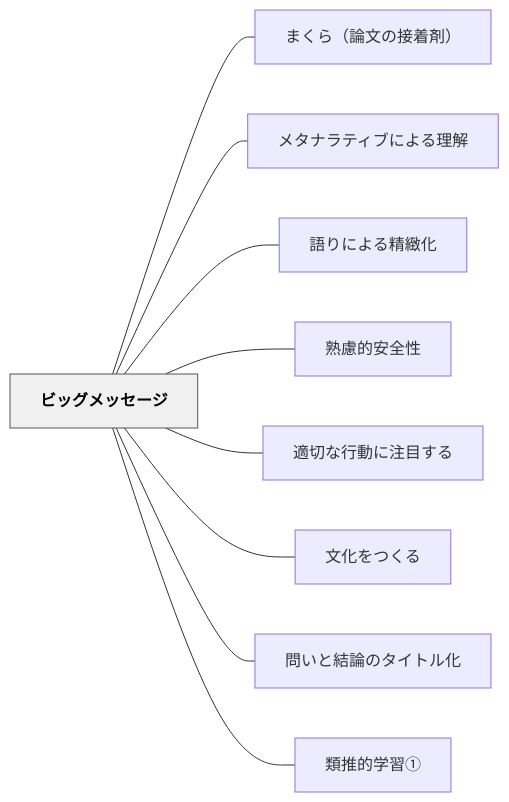
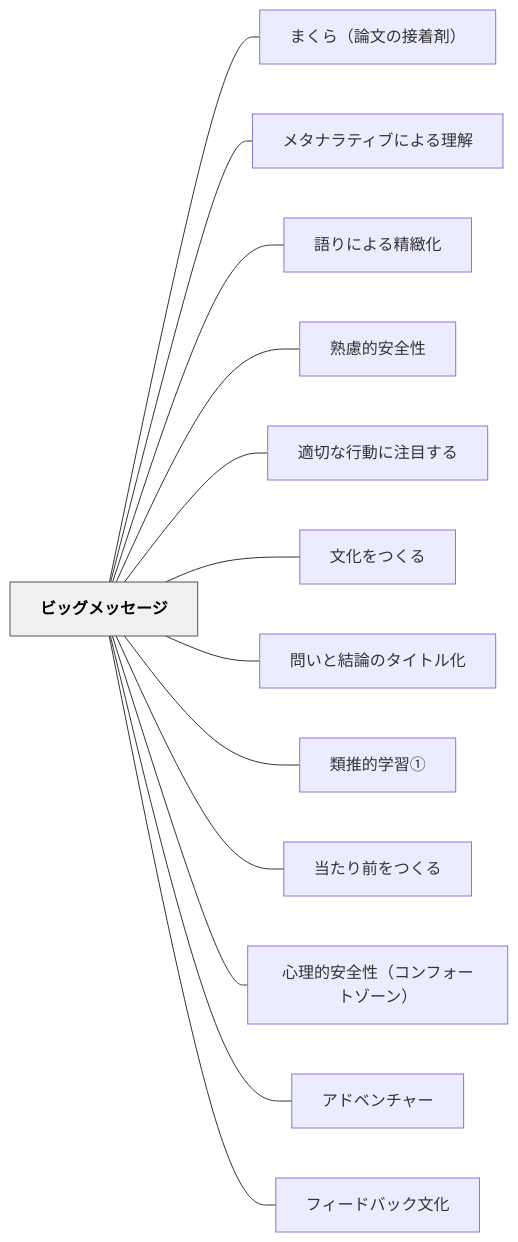
The diagram in content/パタン/ビッグメッセージ.md (unknownthings-ed-patterns/unknownthings-ed-patterns), drawn with Mermaid before and after one commit. The commit also changed other lines of this file and 100 other files, not shown here.

````diff
--- a/content/パタン/ビッグメッセージ.md
+++ b/content/パタン/ビッグメッセージ.md
@@ -147,24 +143,32 @@
 ```mermaid
 flowchart LR
     ne38393e38383e382b0e383a1e38383e382bbe383bce382b8["ビッグメッセージ"]
     ne381bee3818fe38289efbc88e8ab96e69687e381aee68ea5e79d80e589a4efbc89["まくら（論文の接着剤）"]
     ne383a1e382bfe3838ae383a9e38386e382a3e38396e381abe38288e3828be79086e8a7a3["メタナラティブによる理解"]
     ne8aa9ee3828ae381abe38288e3828be7b2bee7b7bbe58c96["語りによる精緻化"]
     ne7869fe685aee79a84e5ae89e585a8e680a7["熟慮的安全性"]
     ne981a9e58887e381aae8a18ce58b95e381abe6b3a8e79baee38199e3828b["適切な行動に注目する"]
     ne69687e58c96e38292e381a4e3818fe3828b["文化をつくる"]
     ne5958fe38184e381a8e7b590e8ab96e381aee382bfe382a4e38388e383abe58c96["問いと結論のタイトル化"]
     ne9a19ee68ea8e79a84e5ada6e7bf92e291a0["類推的学習①"]
+    ne5bd93e3819fe3828ae5898de38292e381a4e3818fe3828b["当たり前をつくる"]
+    ne5bf83e79086e79a84e5ae89e585a8e680a7efbc88e382b3e383b3e38395e382a9e383bce38388e382bee383bce383b3efbc89["心理的安全性（コンフォートゾーン）"]
+    ne382a2e38389e38399e383b3e38381e383a3e383bc["アドベンチャー"]
+    ne38395e382a3e383bce38389e38390e38383e382afe69687e58c96["フィードバック文化"]
 
     ne38393e38383e382b0e383a1e38383e382bbe383bce382b8 --- ne381bee3818fe38289efbc88e8ab96e69687e381aee68ea5e79d80e589a4efbc89
     ne38393e38383e382b0e383a1e38383e382bbe383bce382b8 --- ne383a1e382bfe3838ae383a9e38386e382a3e38396e381abe38288e3828be79086e8a7a3
     ne38393e38383e382b0e383a1e38383e382bbe383bce382b8 --- ne8aa9ee3828ae381abe38288e3828be7b2bee7b7bbe58c96
     ne38393e38383e382b0e383a1e38383e382bbe383bce382b8 --- ne7869fe685aee79a84e5ae89e585a8e680a7
     ne38393e38383e382b0e383a1e38383e382bbe383bce382b8 --- ne981a9e58887e381aae8a18ce58b95e381abe6b3a8e79baee38199e3828b
     ne38393e38383e382b0e383a1e38383e382bbe383bce382b8 --- ne69687e58c96e38292e381a4e3818fe3828b
     ne38393e38383e382b0e383a1e38383e382bbe383bce382b8 --- ne5958fe38184e381a8e7b590e8ab96e381aee382bfe382a4e38388e383abe58c96
     ne38393e38383e382b0e383a1e38383e382bbe383bce382b8 --- ne9a19ee68ea8e79a84e5ada6e7bf92e291a0
+    ne38393e38383e382b0e383a1e38383e382bbe383bce382b8 --- ne5bd93e3819fe3828ae5898de38292e381a4e3818fe3828b
+    ne38393e38383e382b0e383a1e38383e382bbe383bce382b8 --- ne5bf83e79086e79a84e5ae89e585a8e680a7efbc88e382b3e383b3e38395e382a9e383bce38388e382bee383bce383b3efbc89
+    ne38393e38383e382b0e383a1e38383e382bbe383bce382b8 --- ne382a2e38389e38399e383b3e38381e383a3e383bc
+    ne38393e38383e382b0e383a1e38383e382bbe383bce382b8 --- ne38395e382a3e383bce38389e38390e38383e382afe69687e58c96
 
     classDef hub fill:#f0f0f0,stroke:#555,color:#000,font-weight:bold
     class ne38393e38383e382b0e383a1e38383e382bbe383bce382b8 hub
 ```
````
